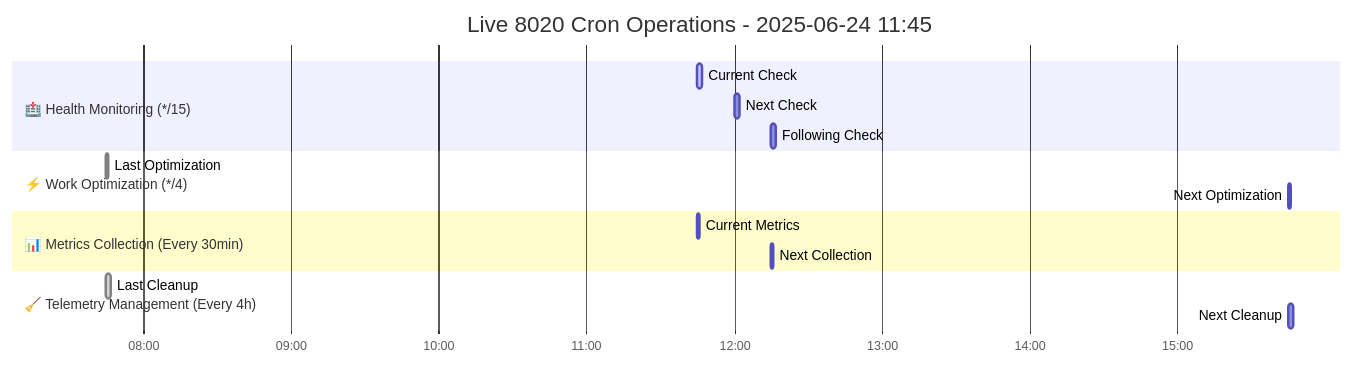
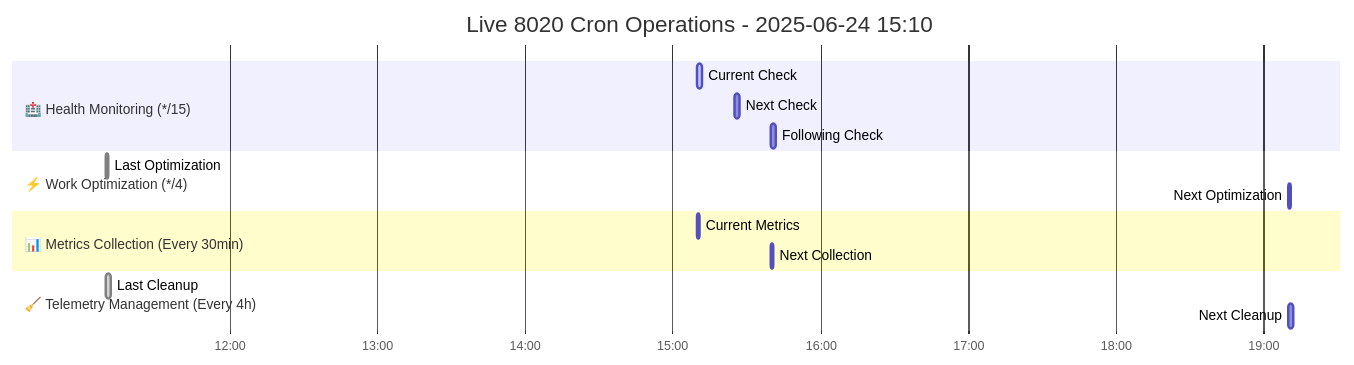
Before and after one commit to seanchatmangpt/swarmsh: the diagram in docs/auto_generated_diagrams/realtime_gantt.md, drawn with Mermaid. The commit also changed other lines of this file and 9 other files, not shown here.

````diff
--- a/docs/auto_generated_diagrams/realtime_gantt.md
+++ b/docs/auto_generated_diagrams/realtime_gantt.md
@@ -5,23 +5,23 @@
 ```mermaid
 gantt
-    title Live 8020 Cron Operations - 2025-06-24 11:45
+    title Live 8020 Cron Operations - 2025-06-24 15:10
     dateFormat  HH:mm
     axisFormat  %H:%M
 
     section 🏥 Health Monitoring (*/15)
-    Current Check         :active, health-now, 11:45, 2m
-    Next Check           :health-next, 12:00, 2m
-    Following Check      :health-after, 12:15, 2m
+    Current Check         :active, health-now, 15:10, 2m
+    Next Check           :health-next, 15:25, 2m
+    Following Check      :health-after, 15:40, 2m
     
     section ⚡ Work Optimization (*/4)
-    Last Optimization    :done, opt-last, 07:45, 1m
-    Next Optimization    :opt-next, 15:45, 1m
+    Last Optimization    :done, opt-last, 11:10, 1m
+    Next Optimization    :opt-next, 19:10, 1m
     
     section 📊 Metrics Collection (Every 30min)
-    Current Metrics      :active, metrics-now, 11:45, 1m
-    Next Collection      :metrics-next, 12:15, 1m
+    Current Metrics      :active, metrics-now, 15:10, 1m
+    Next Collection      :metrics-next, 15:40, 1m
     
     section 🧹 Telemetry Management (Every 4h)
-    Last Cleanup         :done, cleanup-last, 07:45, 2m
-    Next Cleanup         :cleanup-next, 15:45, 2m
+    Last Cleanup         :done, cleanup-last, 11:10, 2m
+    Next Cleanup         :cleanup-next, 19:10, 2m
 ```
````
